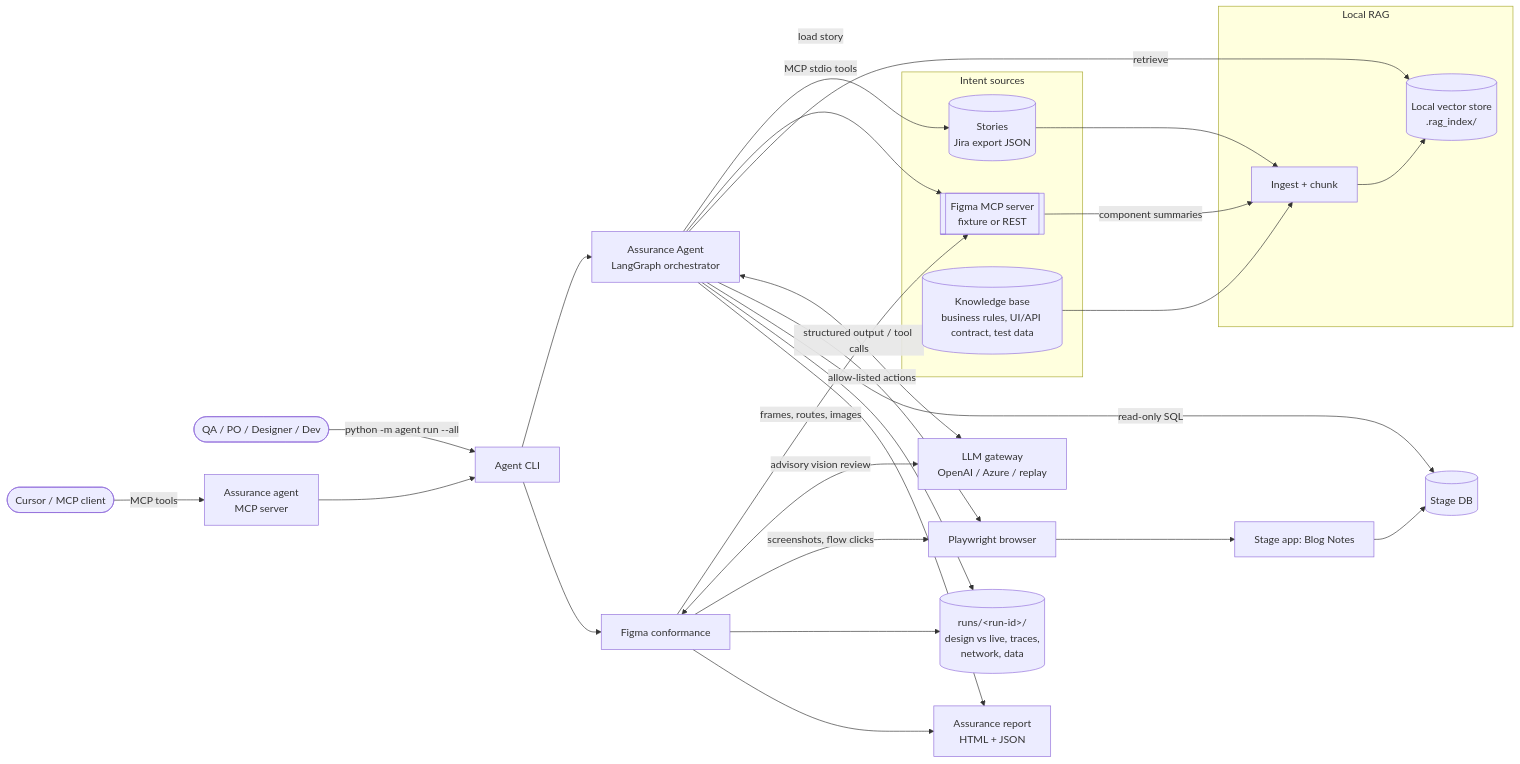
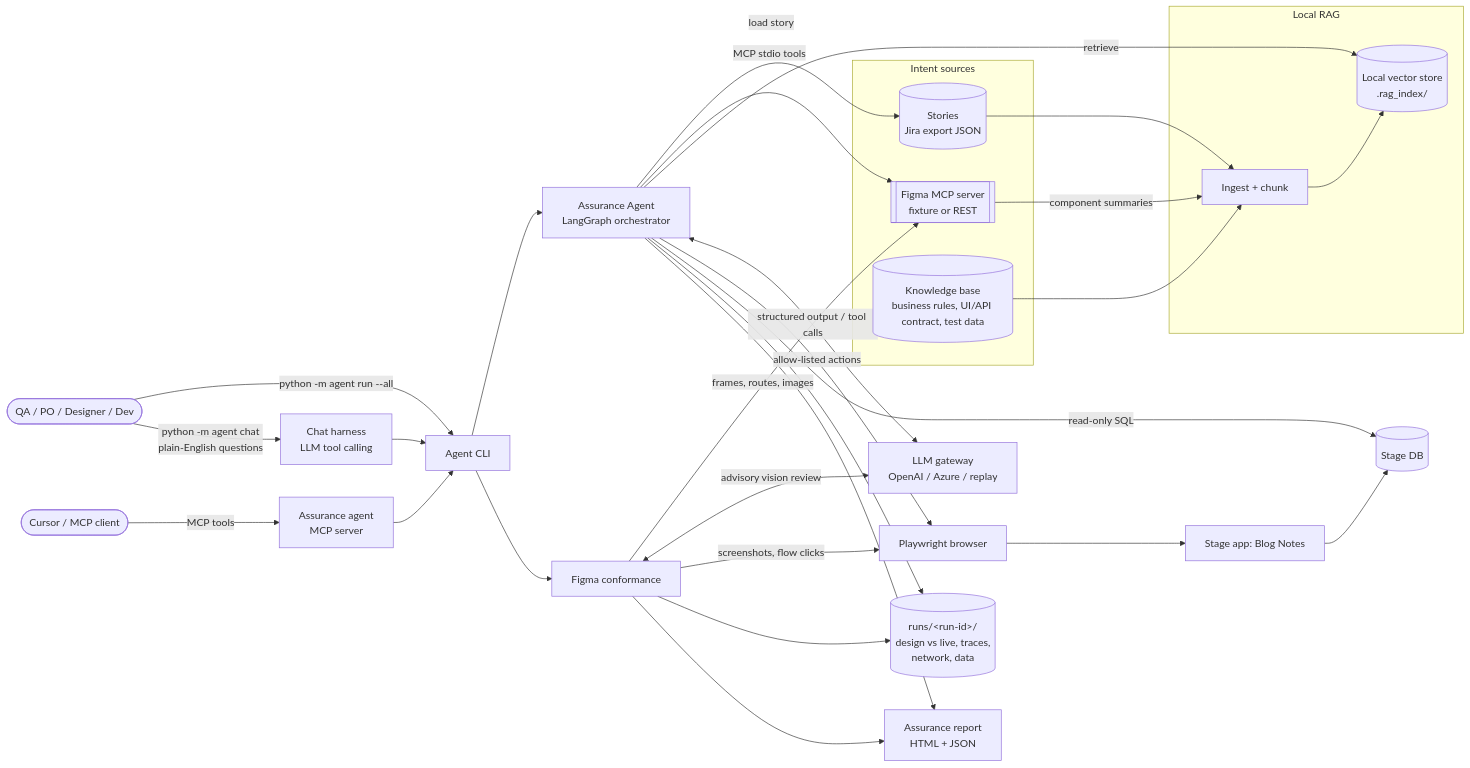
Before and after one commit to vivekk1010/PRUX-assurance-agent: the first of 4 diagrams in docs/architecture/architecture.md, drawn with Mermaid. The commit also changed other lines of this file and 5 other files, not shown here.

Commit message:
Add chat harness: plain-English questions, LLM picks assurance tools

````diff
--- a/docs/architecture/architecture.md
+++ b/docs/architecture/architecture.md
@@ -7,40 +7,42 @@
 ```mermaid
 flowchart LR
     user([QA / PO / Designer / Dev]) -->|"python -m agent run --all"| cli[Agent CLI]
+    user -->|"python -m agent chat<br/>plain-English questions"| chat[Chat harness<br/>LLM tool calling]
+    chat --> cli
     mcpc([Cursor / MCP client]) -->|MCP tools| amcp[Assurance agent<br/>MCP server]
     amcp --> cli
     cli --> agent[Assurance Agent<br/>LangGraph orchestrator]
     cli --> conf[Figma conformance]
 
     subgraph Intent sources
         jira[(Stories<br/>Jira export JSON)]
         figma[[Figma MCP server<br/>fixture or REST]]
         kb[(Knowledge base<br/>business rules, UI/API contract, test data)]
     end
 
     subgraph Local RAG
         ingest[Ingest + chunk] --> vs[(Local vector store<br/>.rag_index/)]
     end
 
     jira --> ingest
     kb --> ingest
     figma -->|component summaries| ingest
 
     agent -->|load story| jira
     agent -->|MCP stdio tools| figma
     conf -->|frames, routes, images| figma
     agent -->|retrieve| vs
     agent <-->|structured output / tool calls| llm[LLM gateway<br/>OpenAI / Azure / replay]
     conf <-->|advisory vision review| llm
 
     agent -->|allow-listed actions| pw[Playwright browser]
     conf -->|screenshots, flow clicks| pw
     agent -->|read-only SQL| db[(Stage DB)]
     pw --> stage[Stage app: Blog Notes]
     stage --> db
 
     agent --> evidence[(runs/&lt;run-id&gt;/<br/>design vs live, traces,<br/>network, data)]
     conf --> evidence
     agent --> report[Assurance report<br/>HTML + JSON]
     conf --> report
 ```
````
